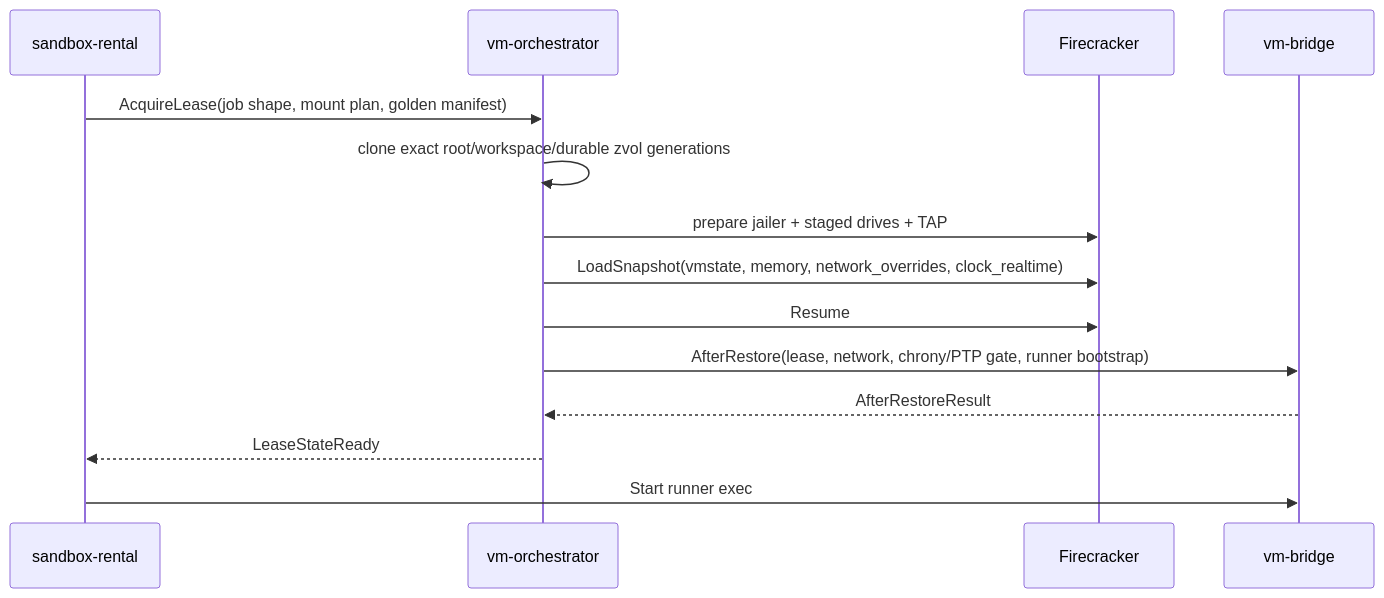
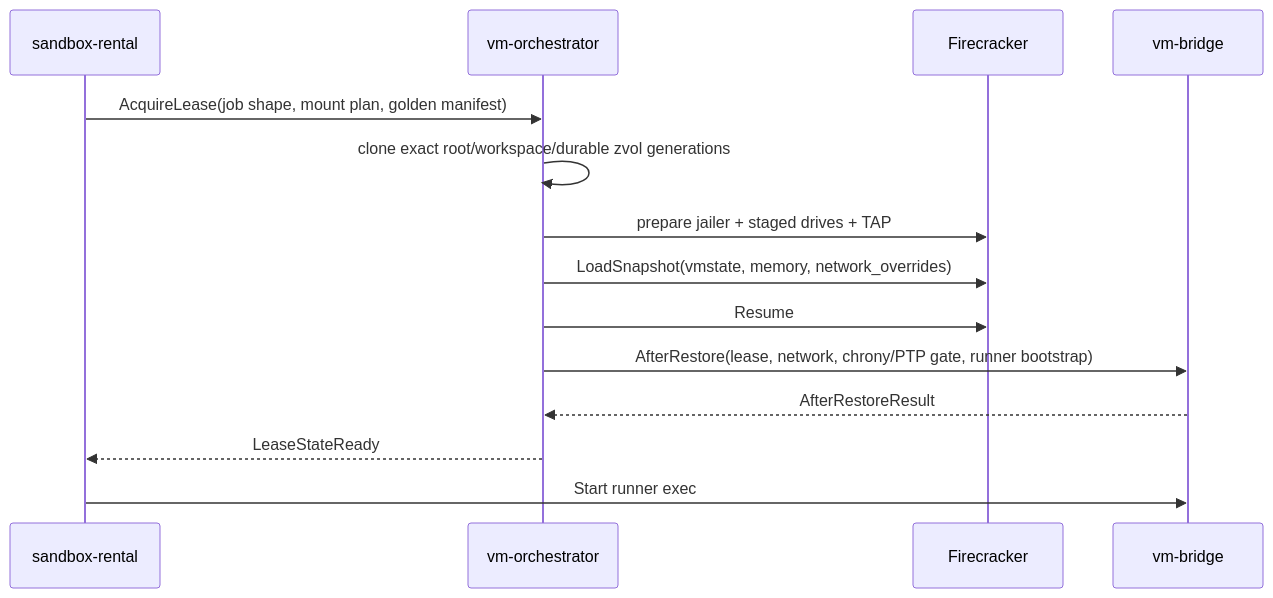
One commit to guardian-intelligence/verself changed the third of 6 diagrams in src/substrate/vm-orchestrator/docs/firecracker-snapshot-lifecycle.md. Above: the diagram before and after it, drawn with Mermaid. The commit also changed other lines of this file and 3 other files, not shown here.

Commit message:
Match Firecracker snapshot load schema

````diff
--- a/src/substrate/vm-orchestrator/docs/firecracker-snapshot-lifecycle.md
+++ b/src/substrate/vm-orchestrator/docs/firecracker-snapshot-lifecycle.md
@@ -71,17 +71,17 @@
 ```mermaid
 sequenceDiagram
     participant SR as sandbox-rental
     participant VMO as vm-orchestrator
     participant FC as Firecracker
     participant VB as vm-bridge
 
     SR->>VMO: AcquireLease(job shape, mount plan, golden manifest)
     VMO->>VMO: clone exact root/workspace/durable zvol generations
     VMO->>FC: prepare jailer + staged drives + TAP
-    VMO->>FC: LoadSnapshot(vmstate, memory, network_overrides, clock_realtime)
+    VMO->>FC: LoadSnapshot(vmstate, memory, network_overrides)
     VMO->>FC: Resume
     VMO->>VB: AfterRestore(lease, network, chrony/PTP gate, runner bootstrap)
     VB-->>VMO: AfterRestoreResult
     VMO-->>SR: LeaseStateReady
     SR->>VB: Start runner exec
 ```
````
